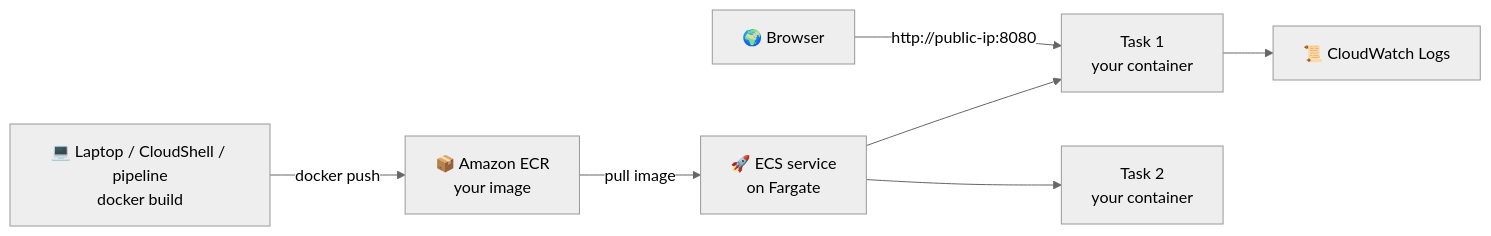
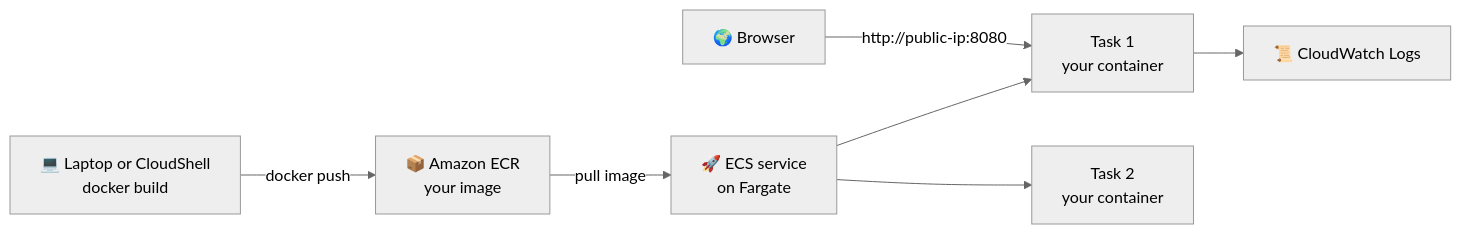
The diagram in README.md (cloudadhar/from-code-to-cloud), drawn with Mermaid (neutral theme) before and after one commit. The commit also changed other lines of this file, not shown here.

Commit message:
README: simple Docker → install → CloudShell decision; pipeline marked optional

````diff
--- a/README.md
+++ b/README.md
@@ -40,9 +37,9 @@
 ```mermaid
 flowchart LR
-    C[💻 Laptop / CloudShell / pipeline<br/>docker build] -->|docker push| R[📦 Amazon ECR<br/>your image]
+    C[💻 Laptop or CloudShell<br/>docker build] -->|docker push| R[📦 Amazon ECR<br/>your image]
     R -->|pull image| S[🚀 ECS service<br/>on Fargate]
     S --> T1[Task 1<br/>your container]
     S --> T2[Task 2<br/>your container]
     U[🌍 Browser] -->|http://public-ip:8080| T1
     T1 --> L[📜 CloudWatch Logs]
 ```
````
